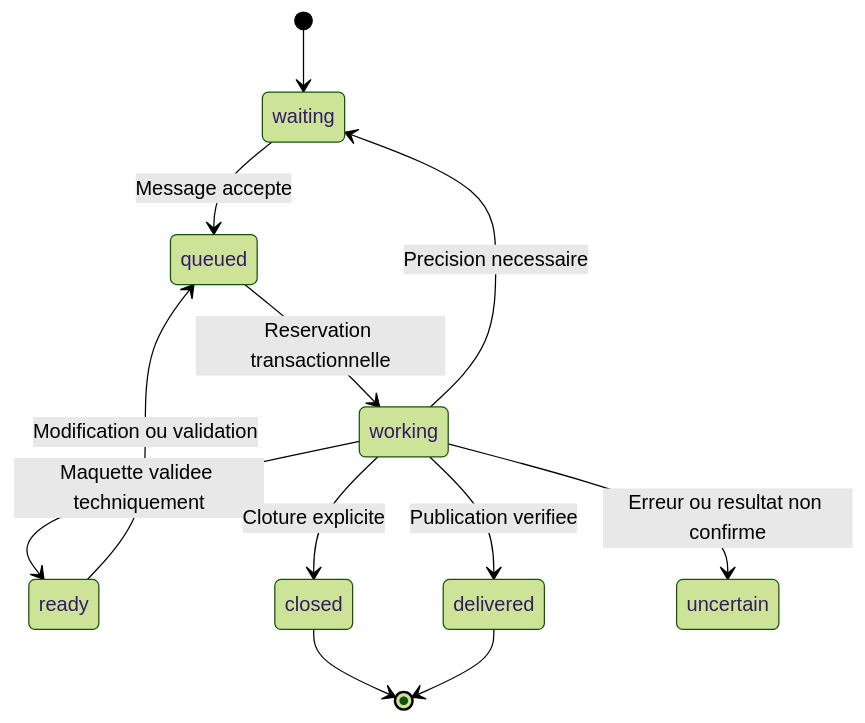
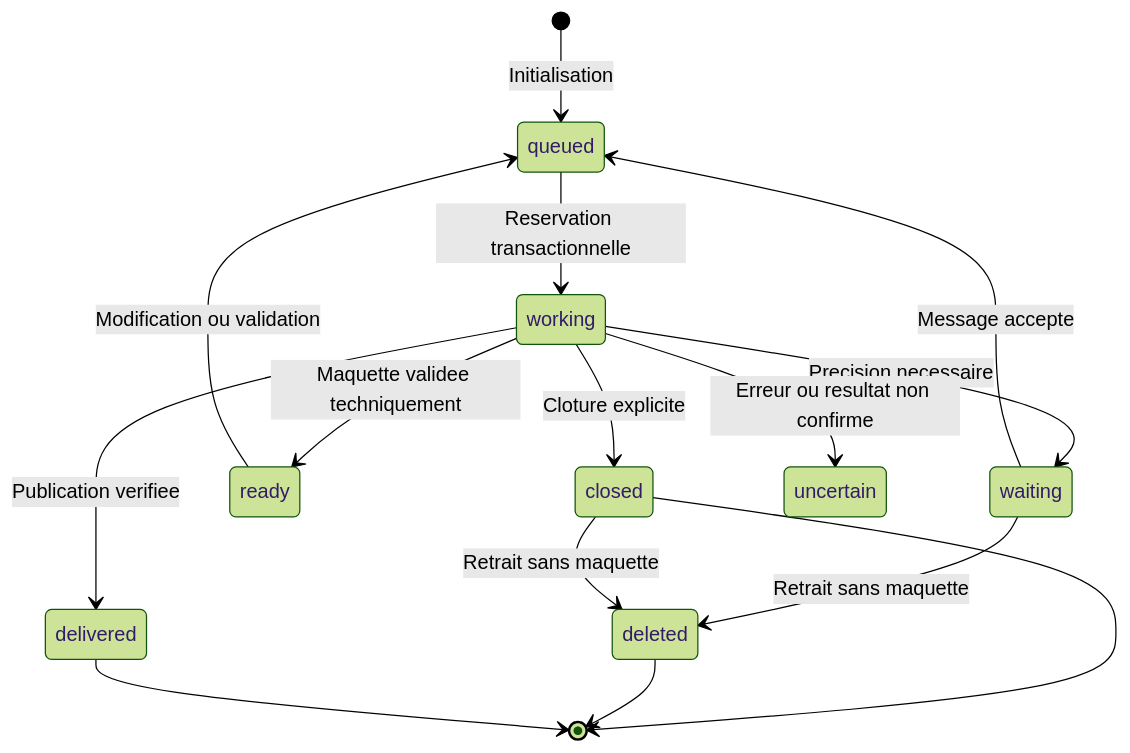
Before and after one commit to yanisAitlamine/repo-partage-humains: the second of 3 diagrams in documentation yanis/ARCHITECTURE.md, drawn with Mermaid (forest theme). The commit also changed other lines of this file, not shown here.

````diff
--- a/documentation yanis/ARCHITECTURE.md
+++ b/documentation yanis/ARCHITECTURE.md
@@ -70,14 +70,17 @@
 ```mermaid
 stateDiagram-v2
-  [*] --> waiting
+  [*] --> queued : Initialisation
   waiting --> queued : Message accepte
   ready --> queued : Modification ou validation
   queued --> working : Reservation transactionnelle
   working --> waiting : Precision necessaire
   working --> ready : Maquette validee techniquement
   working --> closed : Cloture explicite
   working --> delivered : Publication verifiee
   working --> uncertain : Erreur ou resultat non confirme
+  waiting --> deleted : Retrait sans maquette
+  closed --> deleted : Retrait sans maquette
   closed --> [*]
+  deleted --> [*]
   delivered --> [*]
 ```
````
